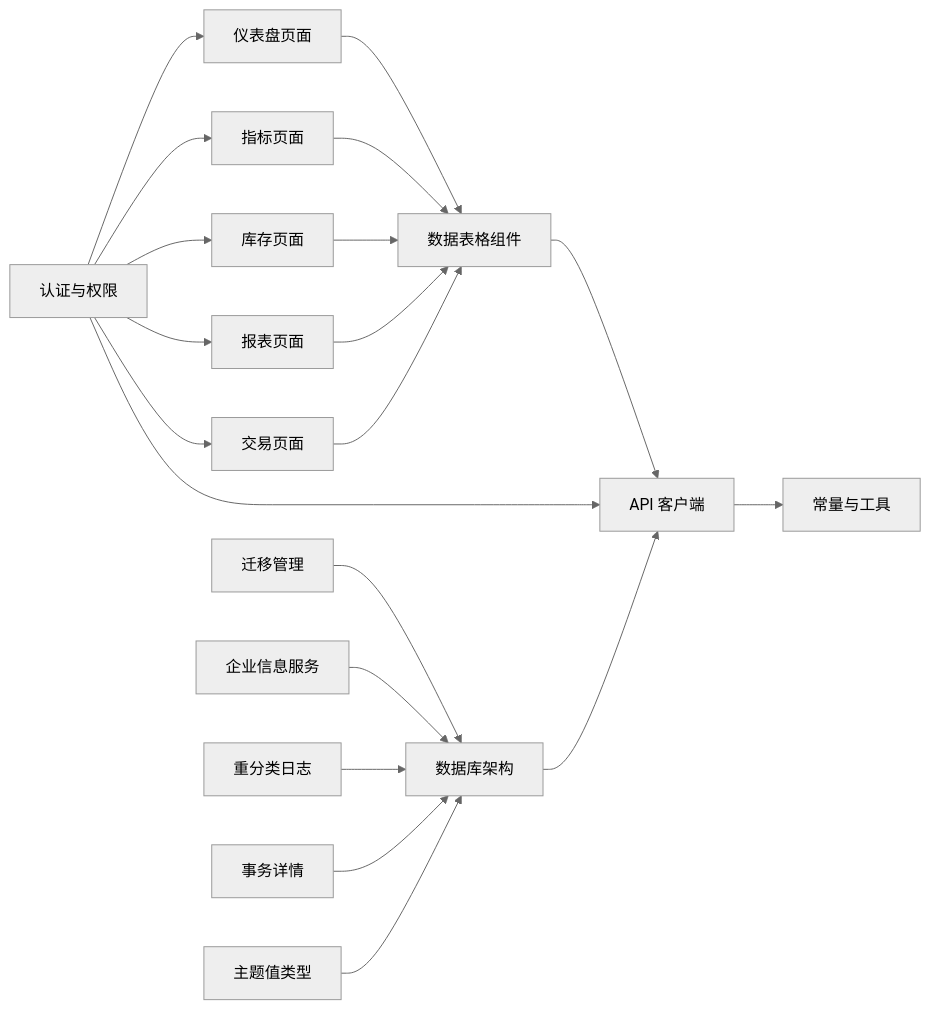
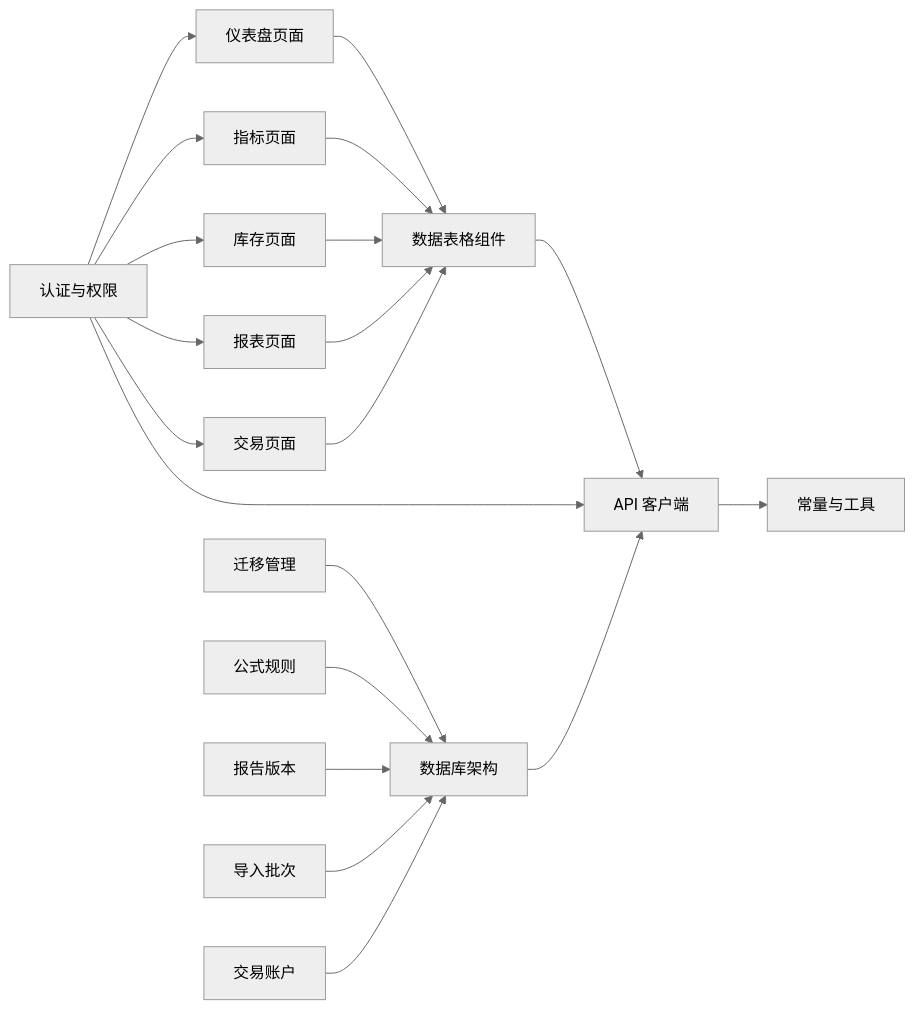
The fifth of 6 diagrams in .qoder/repowiki/zh/content/架构设计/数据库架构设计.md (Damao997/newproject), drawn with Mermaid (neutral theme) before and after one commit. The commit also changed other lines of this file and 30 other files, not shown here.

````diff
--- a/.qoder/repowiki/zh/content/架构设计/数据库架构设计.md
+++ b/.qoder/repowiki/zh/content/架构设计/数据库架构设计.md
@@ -311,22 +265,22 @@
 ```mermaid
 graph LR
 Dashboard["仪表盘页面"] --> DataTable["数据表格组件"]
 Indicators["指标页面"] --> DataTable
 Inventory["库存页面"] --> DataTable
 Reports["报表页面"] --> DataTable
 Transactions["交易页面"] --> DataTable
 DataTable --> API["API 客户端"]
 API --> Constants["常量与工具"]
 Auth["认证与权限"] --> API
 Auth --> Dashboard
 Auth --> Indicators
 Auth --> Inventory
 Auth --> Reports
 Auth --> Transactions
 Schema["数据库架构"] --> API
 Migration["迁移管理"] --> Schema
-EnterpriseInfo["企业信息服务"] --> Schema
-ReclassificationLog["重分类日志"] --> Schema
-TransactionDetail["事务详情"] --> Schema
-SubjectValueType["主题值类型"] --> Schema
+FormulaRules["公式规则"] --> Schema
+ReportVersions["报告版本"] --> Schema
+ImportBatches["导入批次"] --> Schema
+TransactionAccounts["交易账户"] --> Schema
 ```
````
